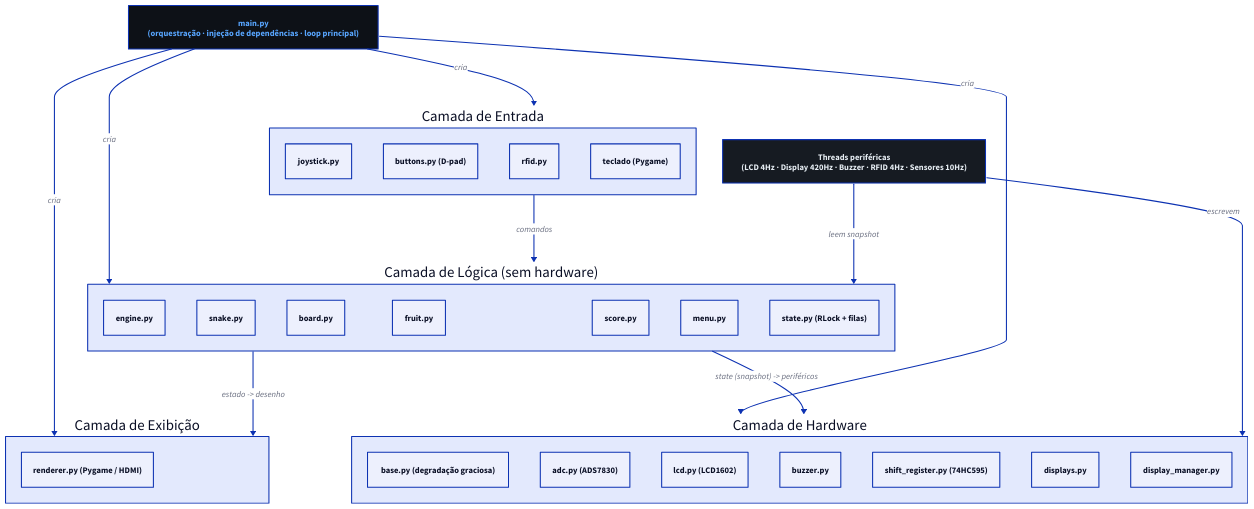
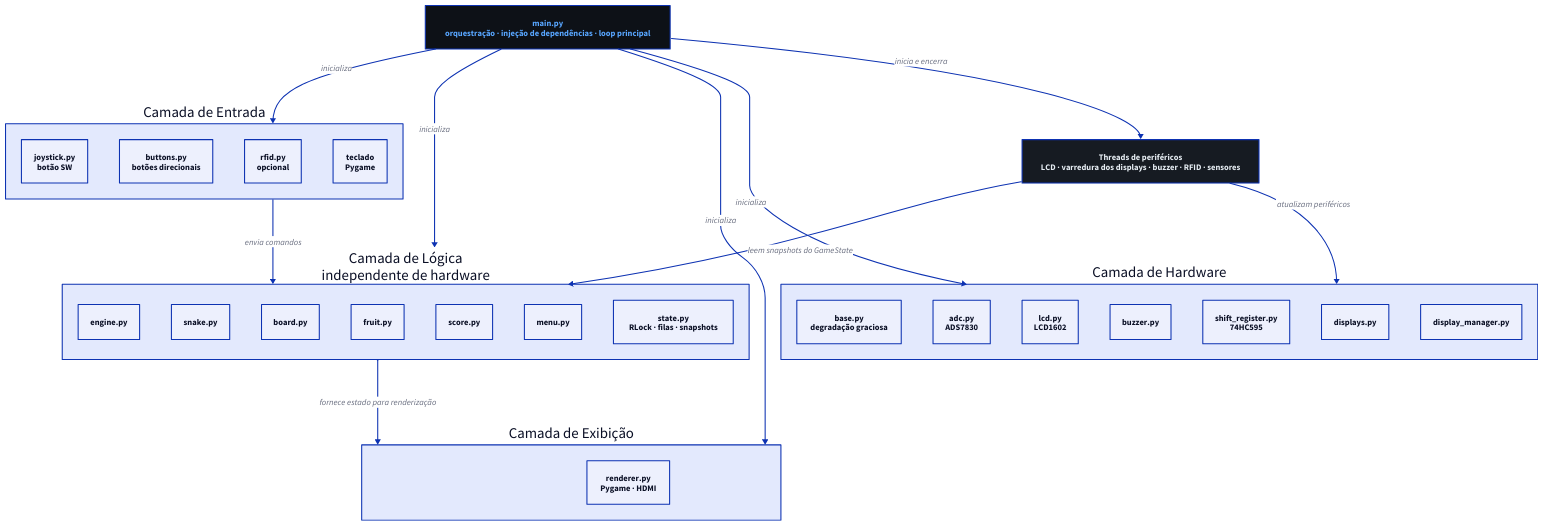
One commit to CarolinaTavaresDuarte/PCS3732-Projeto-Final changed the diagram in docs/diagramas/arquitetura_software.d2. Above: the diagram before and after it, drawn with D2.

```diff
--- a/docs/diagramas/arquitetura_software.d2
+++ b/docs/diagramas/arquitetura_software.d2
@@ -1,59 +1,59 @@
-# Arquitetura de software do Snake Pi (camadas)
-# Renderizar com:  d2 arquitetura_software.d2 arquitetura_software.svg
-# https://d2lang.com
+# Arquitetura de software do Snake Pi
+# Renderizar com: d2 arquitetura_software_ajustada.d2 arquitetura_software_ajustada.svg
+# Documentação: https://d2lang.com
 
 direction: down
 
-main: "main.py\n(orquestração · injeção de dependências · loop principal)" {
+main: "main.py\norquestração · injeção de dependências · loop principal" {
   shape: rectangle
   style.fill: "#0d1117"
   style.font-color: "#58a6ff"
   style.bold: true
 }
 
 input: "Camada de Entrada" {
-  joystick: "joystick.py"
-  buttons: "buttons.py (D-pad)"
-  rfid: "rfid.py"
-  keyboard: "teclado (Pygame)"
+  joystick: "joystick.py\nbotão SW"
+  buttons: "buttons.py\nbotões direcionais"
+  rfid: "rfid.py\nopcional"
+  keyboard: "teclado\nPygame"
 }
 
-logic: "Camada de Lógica (sem hardware)" {
+logic: "Camada de Lógica\nindependente de hardware" {
   engine: "engine.py"
   snake: "snake.py"
   board: "board.py"
   fruit: "fruit.py"
   score: "score.py"
   menu: "menu.py"
-  state: "state.py (RLock + filas)"
+  state: "state.py\nRLock · filas · snapshots"
 }
 
 display: "Camada de Exibição" {
-  renderer: "renderer.py (Pygame / HDMI)"
+  renderer: "renderer.py\nPygame · HDMI"
 }
 
 hardware: "Camada de Hardware" {
-  base: "base.py (degradação graciosa)"
-  adc: "adc.py (ADS7830)"
-  lcd: "lcd.py (LCD1602)"
+  base: "base.py\ndegradação graciosa"
+  adc: "adc.py\nADS7830"
+  lcd: "lcd.py\nLCD1602"
   buzzer: "buzzer.py"
-  shift: "shift_register.py (74HC595)"
+  shift: "shift_register.py\n74HC595"
   displays: "displays.py"
   manager: "display_manager.py"
 }
 
-main -> input: cria
-main -> logic: cria
-main -> display: cria
-main -> hardware: cria
-
-input -> logic: comandos
-logic -> display: estado -> desenho
-logic -> hardware: state (snapshot) -> periféricos
-
-threads: "Threads periféricas\n(LCD 4Hz · Display 420Hz · Buzzer · RFID 4Hz · Sensores 10Hz)" {
+threads: "Threads de periféricos\nLCD · varredura dos displays · buzzer · RFID · sensores" {
   style.fill: "#161b22"
   style.font-color: "#e6edf3"
 }
-threads -> logic: leem snapshot
-threads -> hardware: escrevem
+
+main -> input: inicializa
+main -> logic: inicializa
+main -> display: inicializa
+main -> hardware: inicializa
+main -> threads: inicia e encerra
+
+input -> logic: envia comandos
+logic -> display: fornece estado para renderização
+threads -> logic: leem snapshots do GameState
+threads -> hardware: atualizam periféricos
```
